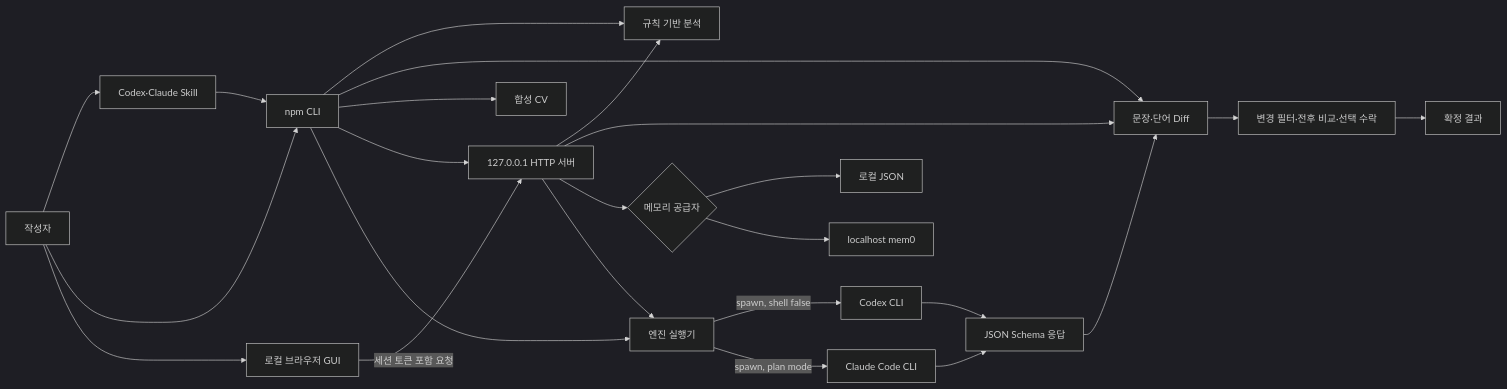
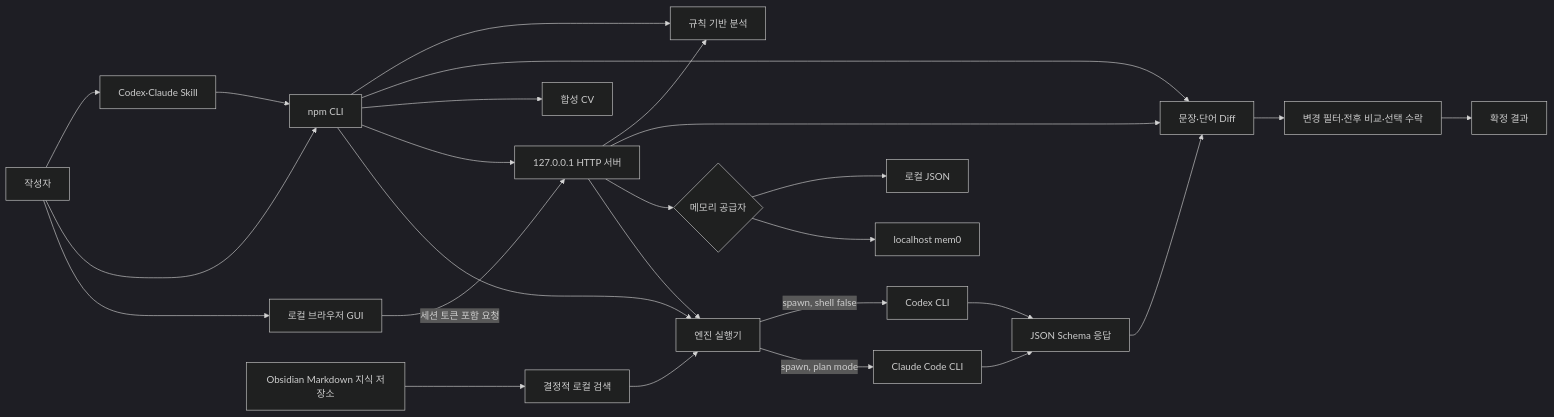
The first of 7 diagrams in README.md (kuseumkkrkkr/KR-humanizer), drawn with Mermaid (dark theme) before and after one commit. The commit also changed other lines of this file and 31 other files, not shown here.

````diff
--- a/README.md
+++ b/README.md
@@ -78,29 +81,31 @@
 ```mermaid
 flowchart LR
   Writer[작성자] --> Skill[Codex·Claude Skill]
   Writer --> CLI[npm CLI]
   Writer --> GUI[로컬 브라우저 GUI]
 
   Skill --> CLI
   CLI --> Analyze[규칙 기반 분석]
   CLI --> Diff[문장·단어 Diff]
   CLI --> CV[합성 CV]
   CLI --> Server[127.0.0.1 HTTP 서버]
   GUI -->|세션 토큰 포함 요청| Server
 
   Server --> Analyze
   Server --> Diff
   Server --> Memory{메모리 공급자}
   Memory --> Local[로컬 JSON]
   Memory --> Mem0[localhost mem0]
 
   Server --> Runner[엔진 실행기]
   CLI --> Runner
   Runner -->|spawn, shell false| Codex[Codex CLI]
   Runner -->|spawn, plan mode| Claude[Claude Code CLI]
+  Vault[Obsidian Markdown 지식 저장소] --> Retriever[결정적 로컬 검색]
+  Retriever --> Runner
   Codex --> Schema[JSON Schema 응답]
   Claude --> Schema
   Schema --> Diff
   Diff --> Review[변경 필터·전후 비교·선택 수락]
   Review --> Result[확정 결과]
 ```
````
